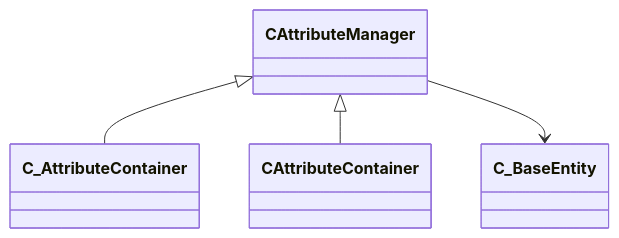
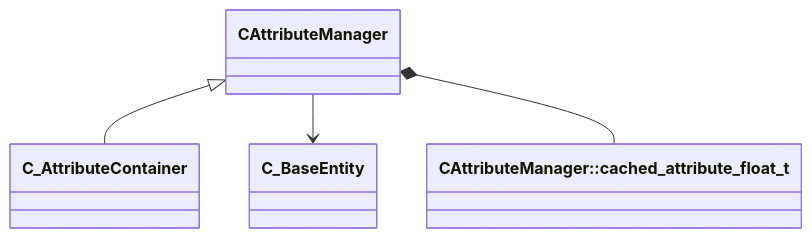
The diagram in docs/generated/schemas/client/CAttributeManager.md (CS2OpenDev/CS2OpenDev-Docs), drawn with Mermaid before and after one commit. The commit also changed other lines of this file and 4525 other files, not shown here.

````diff
--- a/docs/generated/schemas/client/CAttributeManager.md
+++ b/docs/generated/schemas/client/CAttributeManager.md
@@ -17,6 +21,6 @@
 ```mermaid
 classDiagram
     CAttributeManager <|-- C_AttributeContainer
-    CAttributeManager <|-- CAttributeContainer
     CAttributeManager --> C_BaseEntity
+    CAttributeManager *-- `CAttributeManager::cached_attribute_float_t`
 ```
````
